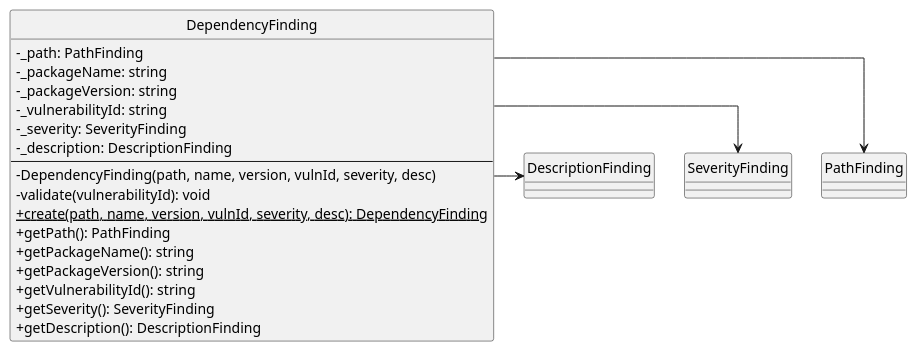
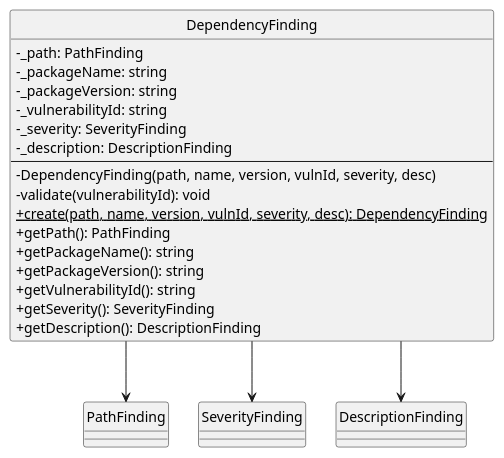
Before and after one commit to SkarabGroup/DocumentazioneProgetto: the diagram in assets/st_diagrams/code/plantuml/analysis/domain/valueObjects/dependencyFinding.vo.plantuml, drawn with PlantUML. The commit also changed 30 other files, not shown here.

```diff
--- a/assets/st_diagrams/code/plantuml/analysis/domain/valueObjects/dependencyFinding.vo.plantuml
+++ b/assets/st_diagrams/code/plantuml/analysis/domain/valueObjects/dependencyFinding.vo.plantuml
@@ -1,31 +1,31 @@
 @startuml DependencyFinding
 skinparam componentStyle uml2.5
 skinparam linetype ortho
 skinparam nodesep 30
 skinparam ranksep 30
 skinparam ClassAttributeIconSize 0
 hide circles
 
 class DependencyFinding {
     - _path: PathFinding
     - _packageName: string
     - _packageVersion: string
     - _vulnerabilityId: string
     - _severity: SeverityFinding
     - _description: DescriptionFinding
     ---
     - DependencyFinding(path, name, version, vulnId, severity, desc)
     - validate(vulnerabilityId): void
     + {static} create(path, name, version, vulnId, severity, desc): DependencyFinding
     + getPath(): PathFinding
     + getPackageName(): string
     + getPackageVersion(): string
     + getVulnerabilityId(): string
     + getSeverity(): SeverityFinding
     + getDescription(): DescriptionFinding
 }
 
-DependencyFinding --right-> PathFinding
-DependencyFinding --right-> SeverityFinding
-DependencyFinding --right-> DescriptionFinding
+DependencyFinding --down-> PathFinding
+DependencyFinding --down-> SeverityFinding
+DependencyFinding --down-> DescriptionFinding
 @enduml
```
